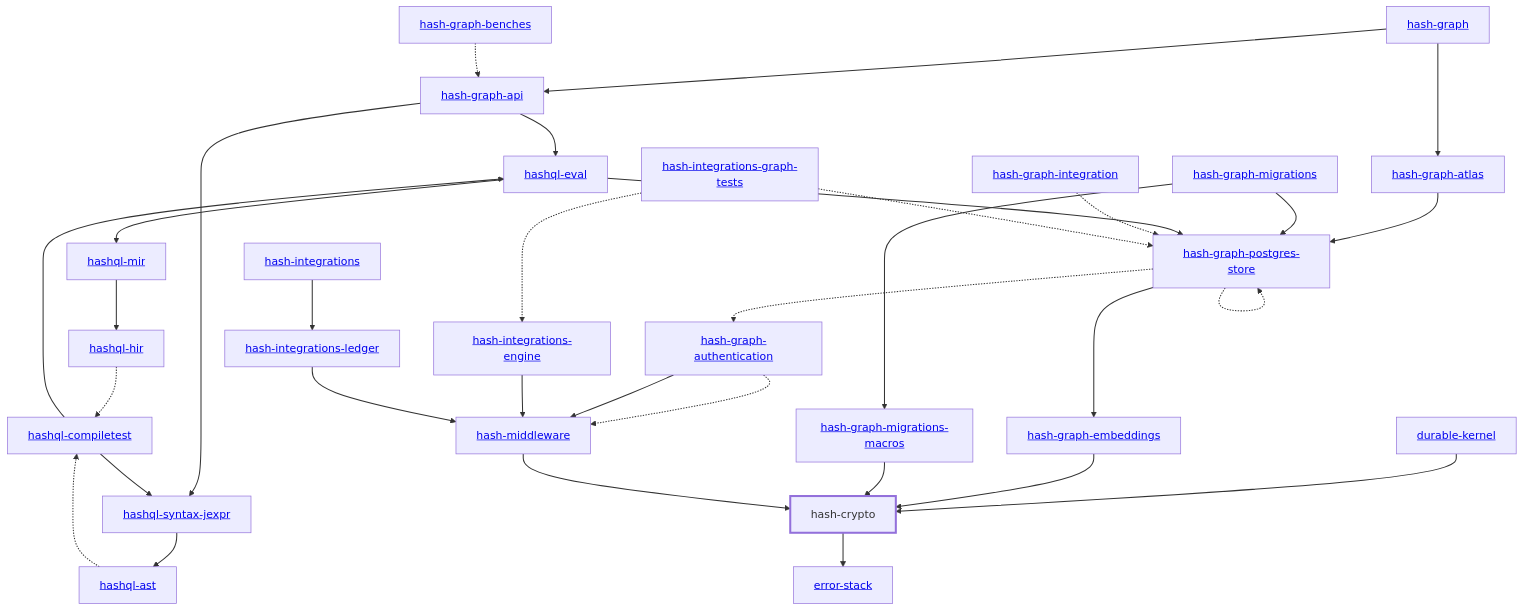
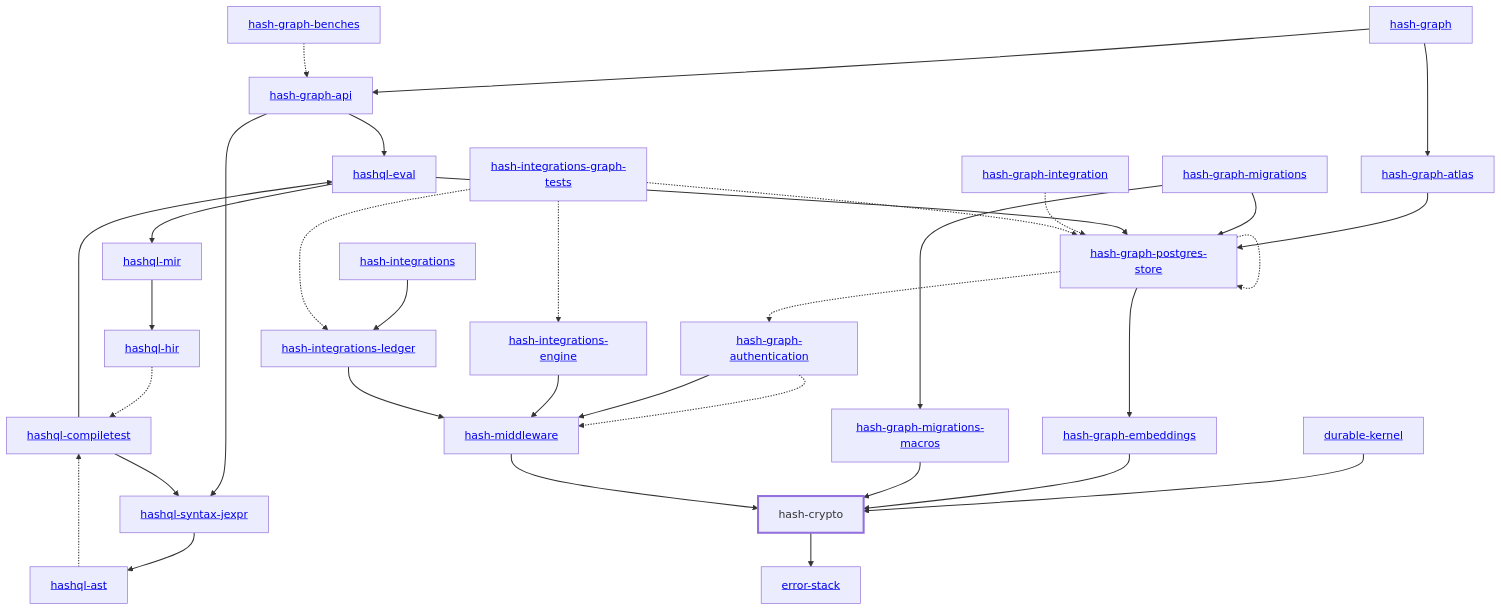
One commit to hashintel/hash changed the diagram in libs/@local/crypto/docs/dependency-diagram.mmd. Above: the diagram before and after it, drawn with Mermaid. The commit also changed 25 other files, not shown here.

Commit message:
Test two update rounds against a real Graph

```diff
--- a/libs/@local/crypto/docs/dependency-diagram.mmd
+++ b/libs/@local/crypto/docs/dependency-diagram.mmd
@@ -1,67 +1,68 @@
 graph TD
     linkStyle default stroke-width:1.5px
     classDef default stroke-width:1px
     classDef root stroke-width:3px
     classDef dev stroke-width:1px
     classDef build stroke-width:1px
     %% Legend
     %% --> : Normal dependency
     %% -.-> : Dev dependency
     %% ---> : Build dependency
     0[<a href="../hash_graph/index.html">hash-graph</a>]
     1[<a href="../hash_integrations/index.html">hash-integrations</a>]
     2[hash-crypto]
     class 2 root
     3[<a href="../durable_kernel/index.html">durable-kernel</a>]
     4[<a href="../hash_graph_api/index.html">hash-graph-api</a>]
     5[<a href="../hash_graph_atlas/index.html">hash-graph-atlas</a>]
     6[<a href="../hash_graph_authentication/index.html">hash-graph-authentication</a>]
     7[<a href="../hash_graph_embeddings/index.html">hash-graph-embeddings</a>]
     8[<a href="../hash_graph_migrations/index.html">hash-graph-migrations</a>]
     9[<a href="../hash_graph_migrations_macros/index.html">hash-graph-migrations-macros</a>]
     10[<a href="../hash_graph_postgres_store/index.html">hash-graph-postgres-store</a>]
     11[<a href="../hashql_ast/index.html">hashql-ast</a>]
     12[<a href="../hashql_compiletest/index.html">hashql-compiletest</a>]
     13[<a href="../hashql_eval/index.html">hashql-eval</a>]
     14[<a href="../hashql_hir/index.html">hashql-hir</a>]
     15[<a href="../hashql_mir/index.html">hashql-mir</a>]
     16[<a href="../hashql_syntax_jexpr/index.html">hashql-syntax-jexpr</a>]
     17[<a href="../hash_integrations_engine/index.html">hash-integrations-engine</a>]
     18[<a href="../hash_integrations_ledger/index.html">hash-integrations-ledger</a>]
     19[<a href="../hash_middleware/index.html">hash-middleware</a>]
     20[<a href="../error_stack/index.html">error-stack</a>]
     21[<a href="../hash_graph_benches/index.html">hash-graph-benches</a>]
     22[<a href="../hash_graph_integration/index.html">hash-graph-integration</a>]
     23[<a href="../hash_integrations_graph_tests/index.html">hash-integrations-graph-tests</a>]
     0 --> 4
     0 --> 5
     1 --> 18
     2 --> 20
     3 --> 2
     4 --> 13
     4 --> 16
     5 --> 10
     6 -.-> 19
     6 --> 19
     7 --> 2
     8 --> 9
     8 --> 10
     9 --> 2
     10 -.-> 6
     10 --> 7
     10 -.-> 10
     11 -.-> 12
     12 --> 13
     12 --> 16
     13 --> 10
     13 --> 15
     14 -.-> 12
     15 --> 14
     16 --> 11
     17 --> 19
     18 --> 19
     19 --> 2
     21 -.-> 4
     22 -.-> 10
     23 -.-> 10
     23 -.-> 17
+    23 -.-> 18
```
